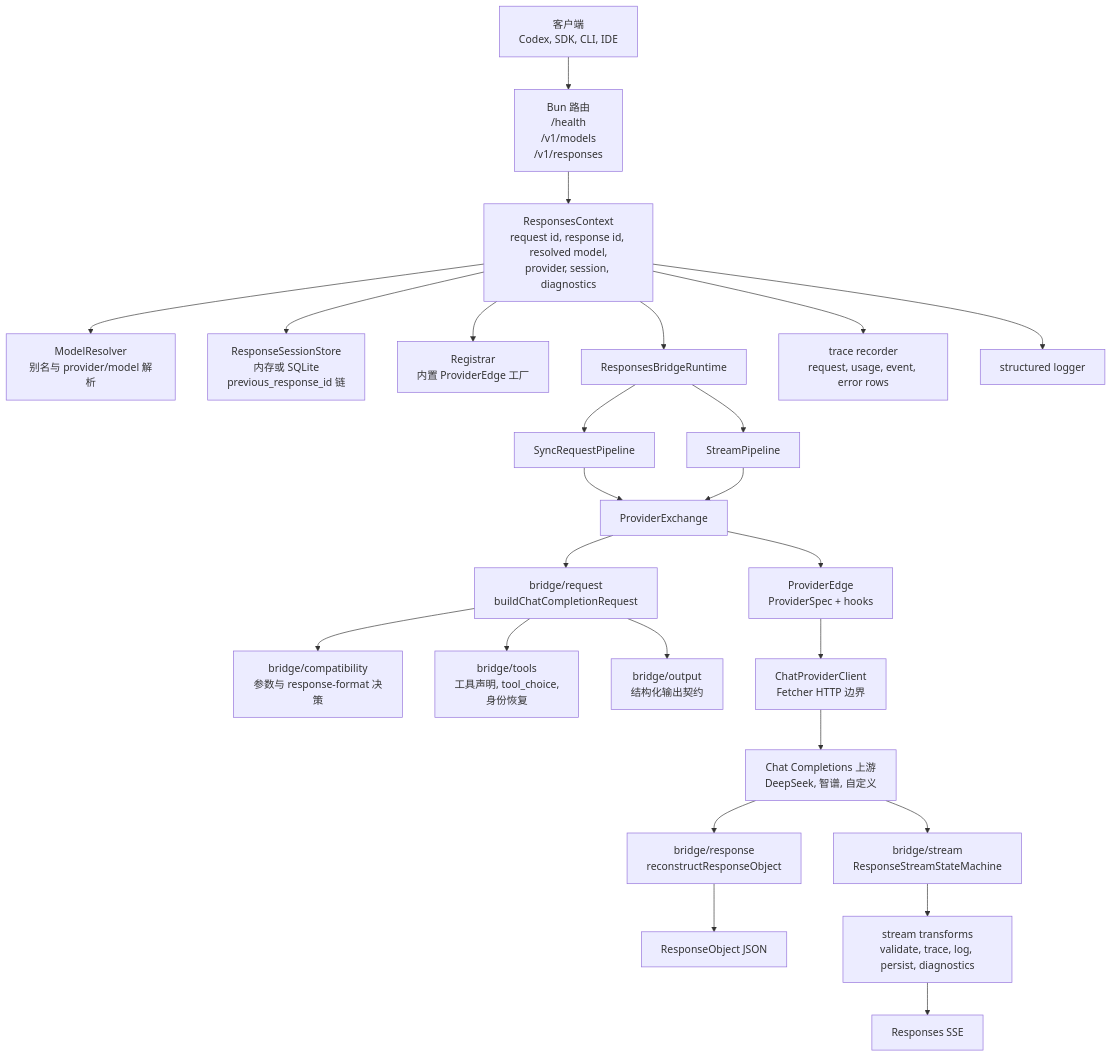
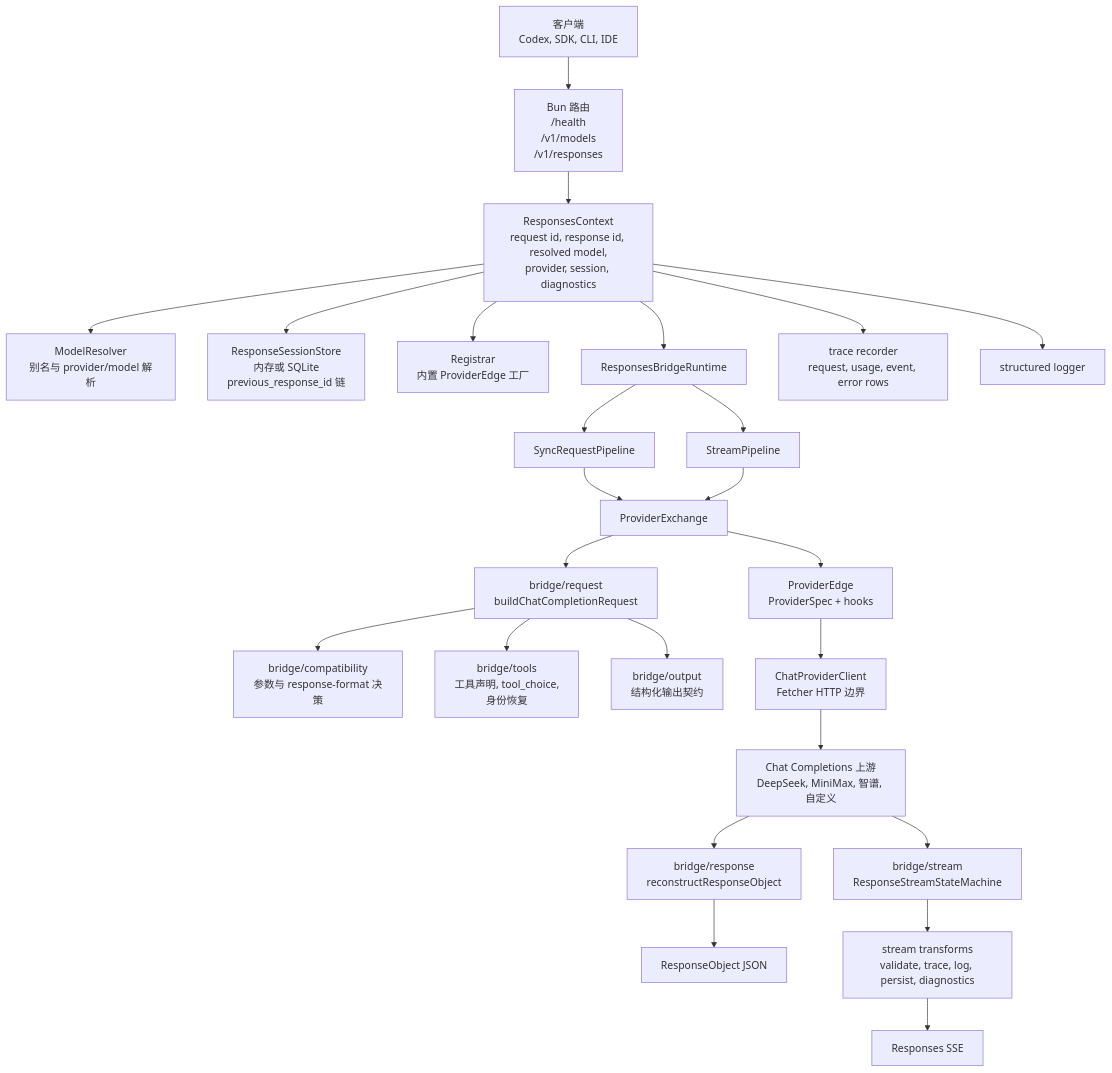
The first of 2 diagrams in README.zh-CN.md (zamelee/GodeX), drawn with Mermaid before and after one commit. The commit also changed other lines of this file and 43 other files, not shown here.

````diff
--- a/README.zh-CN.md
+++ b/README.zh-CN.md
@@ -30,33 +30,33 @@
 ```mermaid
 flowchart TB
   Client["客户端<br>Codex, SDK, CLI, IDE"] --> Routes["Bun 路由<br>/health<br>/v1/models<br>/v1/responses"]
   Routes --> Ctx["ResponsesContext<br>request id, response id, resolved model,<br>provider, session, diagnostics"]
 
   Ctx --> Resolver["ModelResolver<br>别名与 provider/model 解析"]
   Ctx --> Session["ResponseSessionStore<br>内存或 SQLite<br>previous_response_id 链"]
   Ctx --> Registrar["Registrar<br>内置 ProviderEdge 工厂"]
   Ctx --> Runtime["ResponsesBridgeRuntime"]
 
   Runtime --> Sync["SyncRequestPipeline"]
   Runtime --> Stream["StreamPipeline"]
   Sync --> Exchange["ProviderExchange"]
   Stream --> Exchange
 
   Exchange --> Builder["bridge/request<br>buildChatCompletionRequest"]
   Builder --> Compat["bridge/compatibility<br>参数与 response-format 决策"]
   Builder --> Tools["bridge/tools<br>工具声明, tool_choice,<br>身份恢复"]
   Builder --> Output["bridge/output<br>结构化输出契约"]
 
   Exchange --> Edge["ProviderEdge<br>ProviderSpec + hooks"]
   Edge --> ClientHttp["ChatProviderClient<br>Fetcher HTTP 边界"]
-  ClientHttp --> Upstream["Chat Completions 上游<br>DeepSeek, 智谱, 自定义"]
+  ClientHttp --> Upstream["Chat Completions 上游<br>DeepSeek, MiniMax, 智谱, 自定义"]
 
   Upstream --> SyncRecon["bridge/response<br>reconstructResponseObject"]
   Upstream --> StreamRecon["bridge/stream<br>ResponseStreamStateMachine"]
   SyncRecon --> ResponseJson["ResponseObject JSON"]
   StreamRecon --> StreamTransforms["stream transforms<br>validate, trace, log, persist, diagnostics"]
   StreamTransforms --> Sse["Responses SSE"]
 
   Ctx --> Trace["trace recorder<br>request, usage, event, error rows"]
   Ctx --> Logger["structured logger"]
 ```
````
